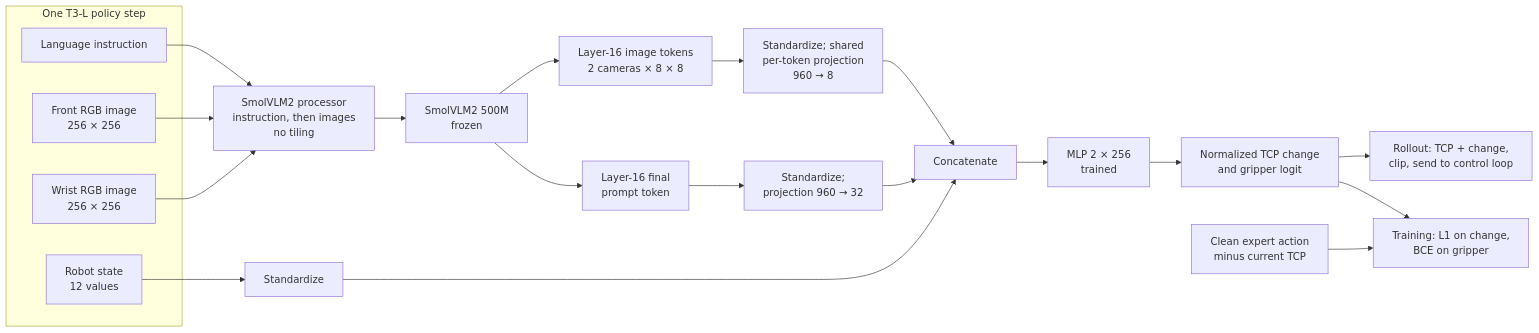
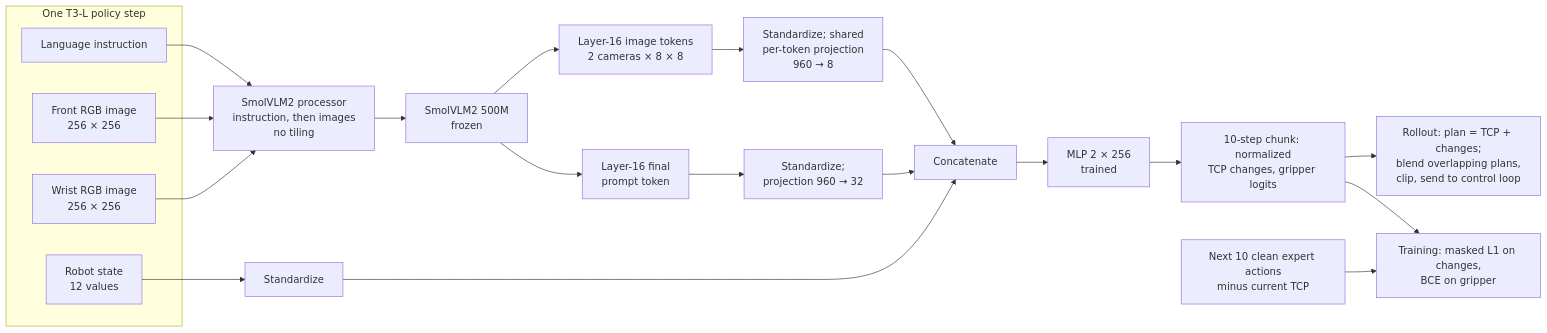
One commit to vabdollahi/blindspot changed the diagram in docs/vla-baseline.md. Above: the diagram before and after it, drawn with Mermaid. The commit also changed other lines of this file and 15 other files, not shown here.

````diff
--- a/docs/vla-baseline.md
+++ b/docs/vla-baseline.md
@@ -39,29 +41,29 @@
 ```mermaid
 flowchart LR
     subgraph obs["One T3-L policy step"]
         instruction["Language instruction"]
         front["Front RGB image<br/>256 × 256"]
         wrist["Wrist RGB image<br/>256 × 256"]
         state["Robot state<br/>12 values"]
     end
 
     instruction --> processor["SmolVLM2 processor<br/>instruction, then images<br/>no tiling"]
     front --> processor
     wrist --> processor
     processor --> vlm["SmolVLM2 500M<br/>frozen"]
     vlm --> grid["Layer-16 image tokens<br/>2 cameras × 8 × 8"]
     vlm --> context["Layer-16 final<br/>prompt token"]
 
     grid --> tokens["Standardize; shared<br/>per-token projection<br/>960 → 8"]
     context --> project["Standardize;<br/>projection 960 → 32"]
     state --> normalize["Standardize"]
     tokens --> concat["Concatenate"]
     project --> concat
     normalize --> concat
     concat --> head["MLP 2 × 256<br/>trained"]
-    head --> prediction["Normalized TCP change<br/>and gripper logit"]
+    head --> prediction["10-step chunk: normalized<br/>TCP changes, gripper logits"]
 
-    prediction --> rollout["Rollout: TCP + change,<br/>clip, send to control loop"]
-    prediction --> loss["Training: L1 on change,<br/>BCE on gripper"]
-    target["Clean expert action<br/>minus current TCP"] --> loss
+    prediction --> rollout["Rollout: plan = TCP + changes;<br/>blend overlapping plans,<br/>clip, send to control loop"]
+    prediction --> loss["Training: masked L1 on changes,<br/>BCE on gripper"]
+    target["Next 10 clean expert actions<br/>minus current TCP"] --> loss
 ```
````
